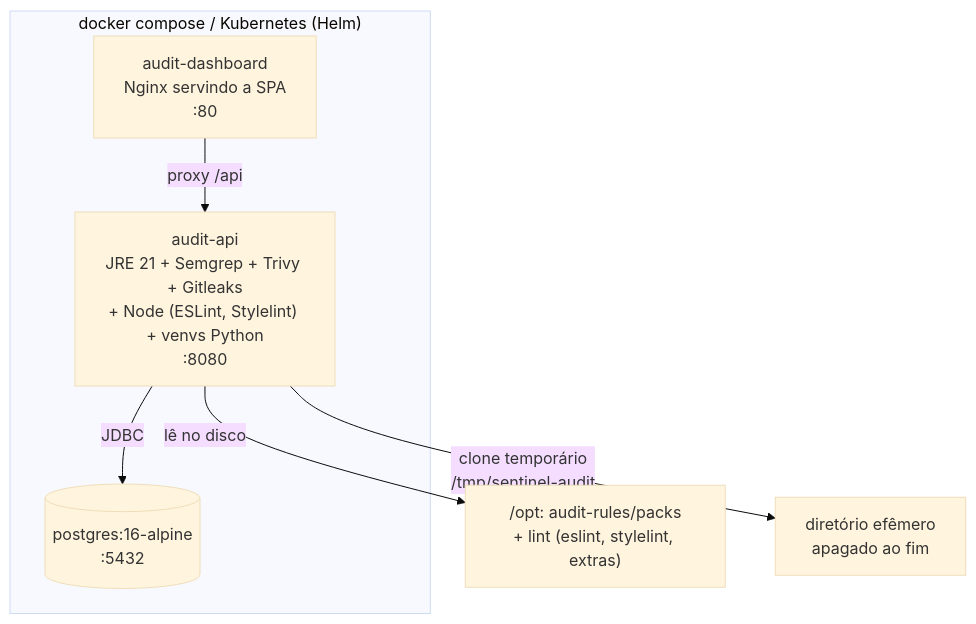
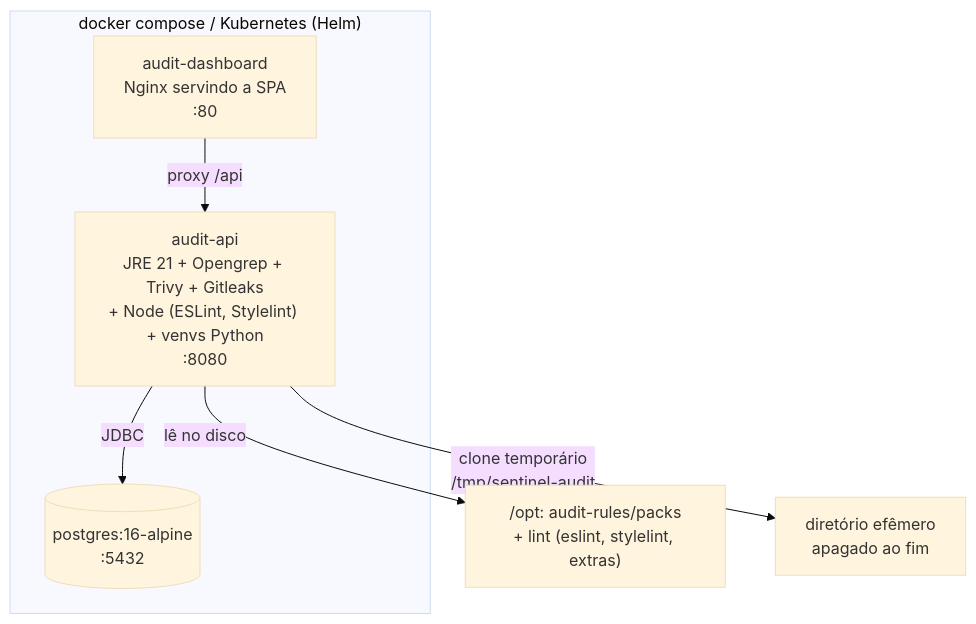
One commit to joaopaulosistemas/sentinel changed the second of 14 diagrams in docs/arquitetura/ARQUITETURA.md. Above: the diagram before and after it, drawn with Mermaid (base theme). The commit also changed other lines of this file and 23 other files, not shown here.

````diff
--- a/docs/arquitetura/ARQUITETURA.md
+++ b/docs/arquitetura/ARQUITETURA.md
@@ -72,12 +72,12 @@
 ```mermaid
 flowchart TB
     subgraph Host["docker compose / Kubernetes (Helm)"]
         NG["audit-dashboard\nNginx servindo a SPA\n:80"]
-        AP["audit-api\nJRE 21 + Semgrep + Trivy + Gitleaks\n+ Node (ESLint, Stylelint) + venvs Python\n:8080"]
+        AP["audit-api\nJRE 21 + Opengrep + Trivy + Gitleaks\n+ Node (ESLint, Stylelint) + venvs Python\n:8080"]
         PG[("postgres:16-alpine\n:5432")]
     end
     NG -- "proxy /api" --> AP
     AP -- "JDBC" --> PG
     AP -- "lê no disco" --> PK["/opt: audit-rules/packs\n+ lint (eslint, stylelint, extras)"]
     AP -- "clone temporário\n/tmp/sentinel-audit" --> TMP["diretório efêmero\napagado ao fim"]
 ```
````
